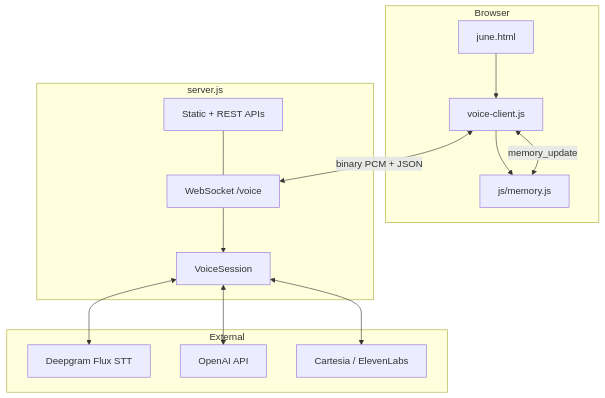
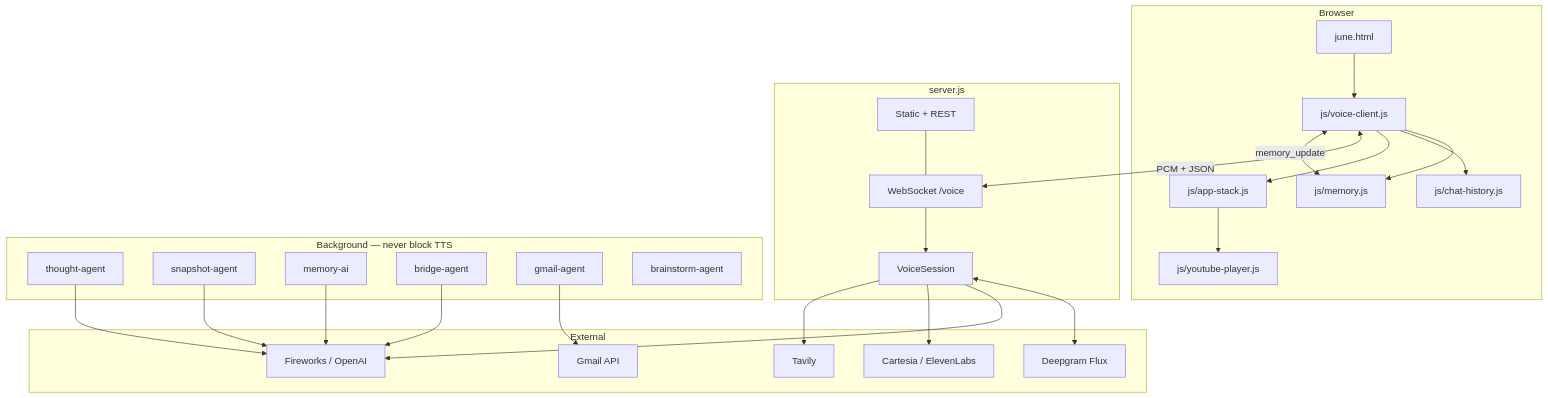
Before and after one commit to Nttajm/June: the first of 2 diagrams in Architecture.md, drawn with Mermaid. The commit also changed other lines of this file and 52 other files, not shown here.

````diff
--- a/Architecture.md
+++ b/Architecture.md
@@ -66,30 +126,53 @@
 ```mermaid
 flowchart TB
   subgraph Browser
     HTML[june.html]
-    VC[voice-client.js]
+    VC[js/voice-client.js]
     MEM[js/memory.js]
+    CH[js/chat-history.js]
+    AS[js/app-stack.js]
+    YT[js/youtube-player.js]
     HTML --> VC
     VC --> MEM
+    VC --> CH
+    VC --> AS
+    AS --> YT
   end
 
   subgraph Server["server.js"]
-    HTTP[Static + REST APIs]
+    HTTP[Static + REST]
     WS["WebSocket /voice"]
     VS[VoiceSession]
     HTTP --- WS
     WS --> VS
   end
 
-  subgraph External
-    DG[Deepgram Flux STT]
-    OAI[OpenAI API]
-    TTS[Cartesia / ElevenLabs]
+  subgraph Agents["Background — never block TTS"]
+    Thinker[thought-agent]
+    Snap[snapshot-agent]
+    MemAI[memory-ai]
+    Bridge[bridge-agent]
+    Mail[gmail-agent]
+    Brain[brainstorm-agent]
   end
 
-  VC <-->|"binary PCM + JSON"| WS
+  subgraph External
+    DG[Deepgram Flux]
+    LLM[Fireworks / OpenAI]
+    TTS[Cartesia / ElevenLabs]
+    Tav[Tavily]
+    Gmail[Gmail API]
+  end
+
+  VC <-->|"PCM + JSON"| WS
   VS <--> DG
-  VS <--> OAI
-  VS <--> TTS
+  VS --> LLM
+  VS --> TTS
+  Thinker --> LLM
+  Snap --> LLM
+  MemAI --> LLM
+  Bridge --> LLM
+  VS --> Tav
+  Mail --> Gmail
   MEM <-->|"memory_update"| VC
 ```
````
